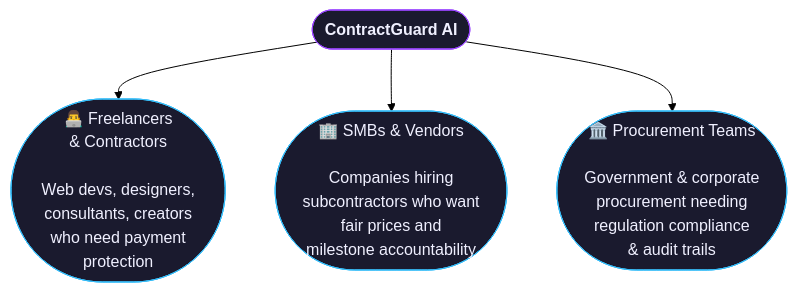
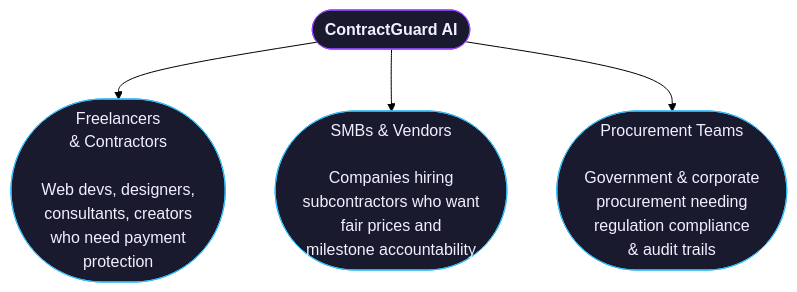
The second of 2 diagrams in docs/product/why-us.md (ContracGuardAI/frontend), drawn with Mermaid (forest theme) before and after one commit. The commit also changed other lines of this file and 6 other files, not shown here.

````diff
--- a/docs/product/why-us.md
+++ b/docs/product/why-us.md
@@ -117,15 +117,15 @@
 ```mermaid
 graph TD
     CG(["ContractGuard AI"])
 
-    CG --> F(["👨‍💻 Freelancers\n& Contractors\n\nWeb devs, designers,\nconsultants, creators\nwho need payment\nprotection"])
+    CG --> F(["Freelancers\n& Contractors\n\nWeb devs, designers,\nconsultants, creators\nwho need payment\nprotection"])
 
-    CG --> B(["🏢 SMBs & Vendors\n\nCompanies hiring\nsubcontractors who want\nfair prices and\nmilestone accountability"])
+    CG --> B(["SMBs & Vendors\n\nCompanies hiring\nsubcontractors who want\nfair prices and\nmilestone accountability"])
 
-    CG --> P(["🏛️ Procurement Teams\n\nGovernment & corporate\nprocurement needing\nregulation compliance\n& audit trails"])
+    CG --> P(["Procurement Teams\n\nGovernment & corporate\nprocurement needing\nregulation compliance\n& audit trails"])
 
     style CG fill:#1a1a2e,stroke:#9945FF,color:#f0f0ff,font-weight:bold
     style F fill:#1a1a2e,stroke:#38BDF8,color:#f0f0ff
     style B fill:#1a1a2e,stroke:#38BDF8,color:#f0f0ff
     style P fill:#1a1a2e,stroke:#38BDF8,color:#f0f0ff
 ```
````
